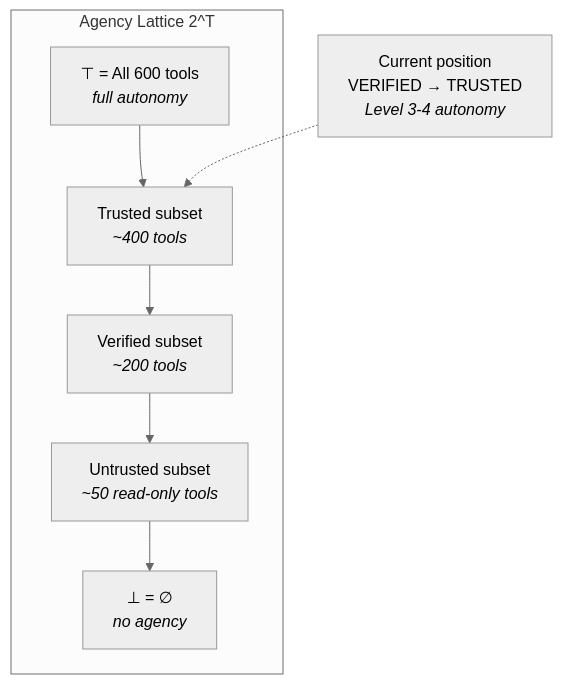
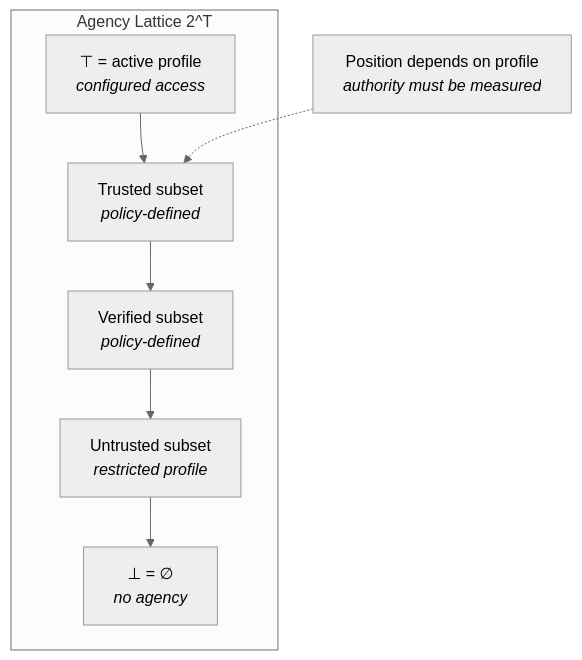
One commit to docxology/codomyrmex changed the second of 3 diagrams in docs/agi/tool_use_and_agency.md. Above: the diagram before and after it, drawn with Mermaid (neutral theme). The commit also changed other lines of this file and 287 other files, not shown here.

````diff
--- a/docs/agi/tool_use_and_agency.md
+++ b/docs/agi/tool_use_and_agency.md
@@ -90,15 +113,15 @@
 ```mermaid
 graph TD
     subgraph LATTICE["Agency Lattice 2^T"]
-        TOP["⊤ = All 600 tools<br/><i>full autonomy</i>"]
-        TRUSTED["Trusted subset<br/><i>~400 tools</i>"]
-        VERIFIED["Verified subset<br/><i>~200 tools</i>"]
-        UNTRUSTED["Untrusted subset<br/><i>~50 read-only tools</i>"]
+        TOP["⊤ = active profile<br/><i>configured access</i>"]
+        TRUSTED["Trusted subset<br/><i>policy-defined</i>"]
+        VERIFIED["Verified subset<br/><i>policy-defined</i>"]
+        UNTRUSTED["Untrusted subset<br/><i>restricted profile</i>"]
         BOT["⊥ = ∅<br/><i>no agency</i>"]
     end
 
     TOP --> TRUSTED --> VERIFIED --> UNTRUSTED --> BOT
 
-    CDM["Current position<br/>VERIFIED → TRUSTED<br/><i>Level 3-4 autonomy</i>"]
+    CDM["Position depends on profile<br/><i>authority must be measured</i>"]
     CDM -.-> TRUSTED
 ```
````
